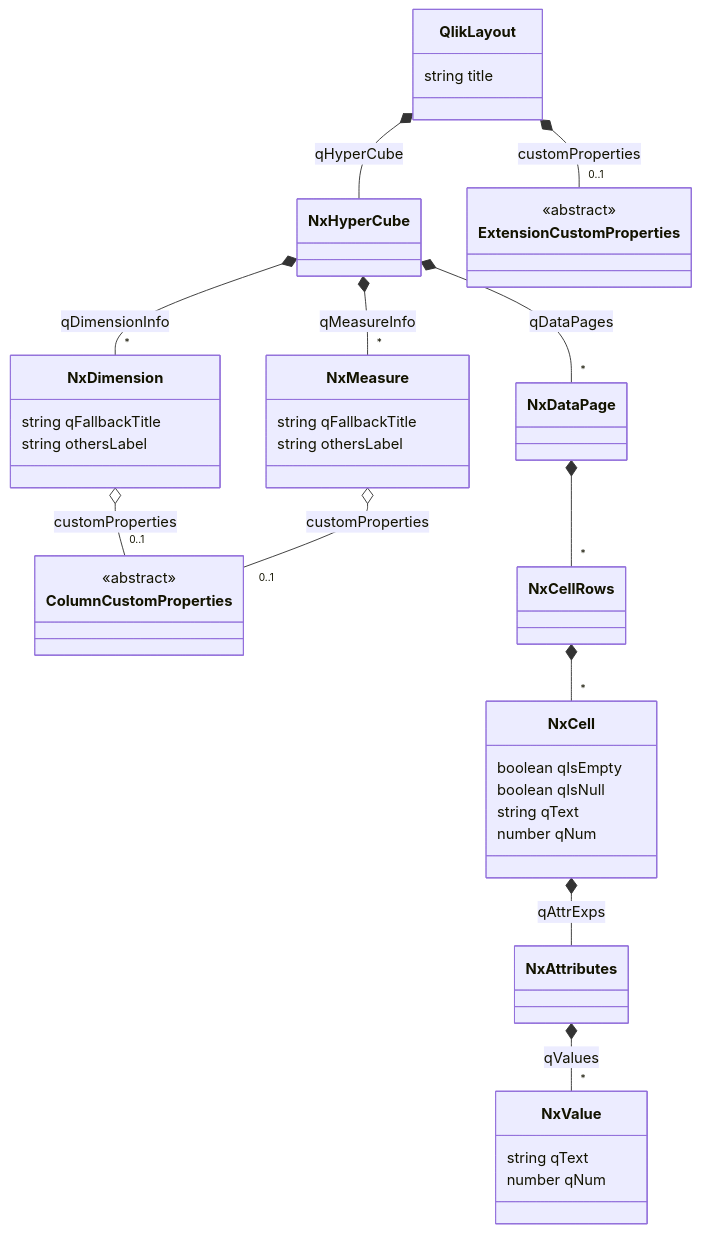
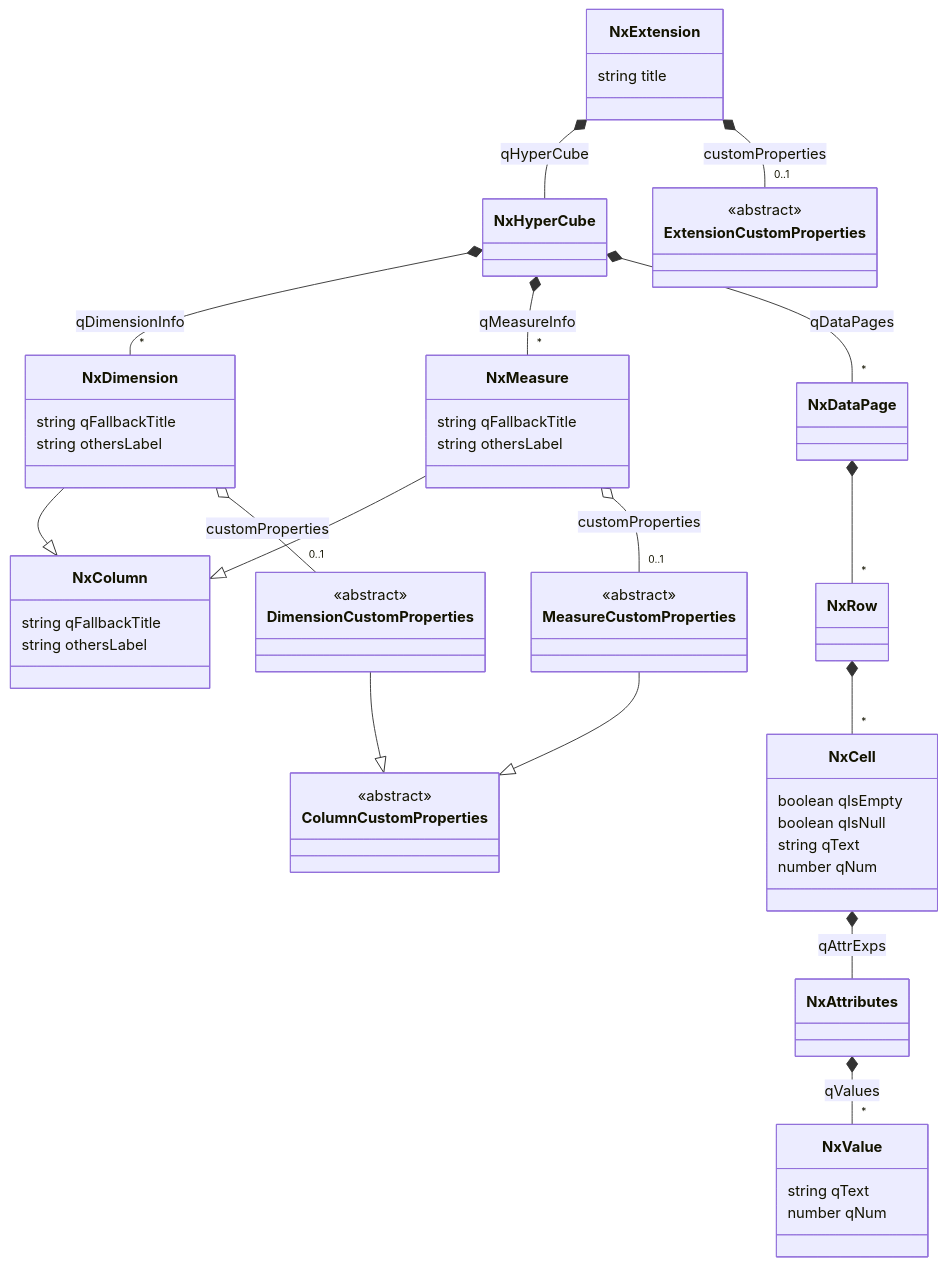
The diagram in Extension/jsdoc/qlik.jsdoc.diagram.md (Rodionov-Sergey/C3QlikSense), drawn with Mermaid before and after one commit. The commit also changed other lines of this file and 5 other files, not shown here.

````diff
--- a/Extension/jsdoc/qlik.jsdoc.diagram.md
+++ b/Extension/jsdoc/qlik.jsdoc.diagram.md
@@ -15,51 +15,69 @@
 ```mermaid
 classDiagram
-    class QlikLayout {
+    class NxExtension {
         string title
     }
-    QlikLayout *-- NxHyperCube: qHyperCube
-    QlikLayout *-- "0..1" ExtensionCustomProperties: customProperties
+    NxExtension *-- NxHyperCube: qHyperCube
+    NxExtension *-- "0..1" ExtensionCustomProperties: customProperties
 
     NxHyperCube *-- "*" NxDimension: qDimensionInfo
     NxHyperCube *-- "*" NxMeasure: qMeasureInfo
     NxHyperCube *-- "*" NxDataPage: qDataPages
 
+    class NxColumn {
+         string qFallbackTitle 
+         string othersLabel
+    }
+
     class NxDimension {
          string qFallbackTitle 
          string othersLabel
     }
-    NxDimension o-- "0..1" ColumnCustomProperties: customProperties
-    
+    NxDimension --|> NxColumn
+    NxDimension o-- "0..1" DimensionCustomProperties: customProperties
+
     class NxMeasure {
          string qFallbackTitle 
          string othersLabel
     }
-    NxMeasure o-- "0..1" ColumnCustomProperties: customProperties
+    NxMeasure --|> NxColumn
+    NxMeasure o-- "0..1" MeasureCustomProperties: customProperties
 
-    NxDataPage *-- "*" NxCellRows
+    NxDataPage *-- "*" NxRow
 
-    NxCellRows *-- "*" NxCell
+    NxRow *-- "*" NxCell
 
     class NxCell {
         boolean qIsEmpty
         boolean qIsNull
         string qText
         number qNum
     }
     NxCell *-- NxAttributes: qAttrExps
 
     NxAttributes *-- "*" NxValue: qValues
 
     class NxValue {
         string qText
         number qNum 
     }
 
     class ExtensionCustomProperties {
         <<abstract>>
     }
 
-    class ColumnCustomProperties{
+    class ColumnCustomProperties {
         <<abstract>>
     }
+
+    class DimensionCustomProperties {
+        <<abstract>>
+    }
+    DimensionCustomProperties --|> ColumnCustomProperties
+
+    class MeasureCustomProperties {
+        <<abstract>>
+    }
+    MeasureCustomProperties --|> ColumnCustomProperties
+
 ```
````
